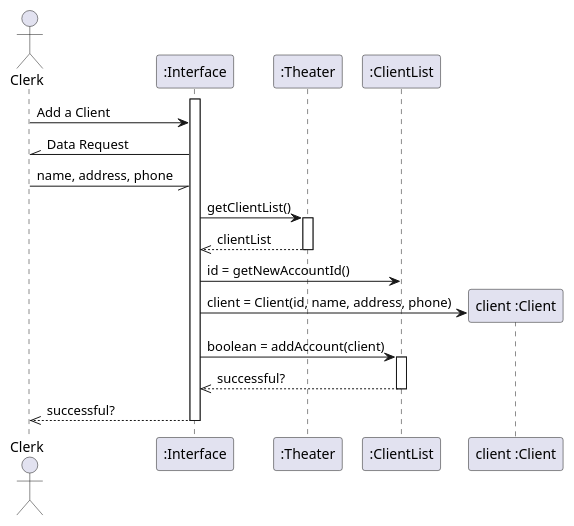
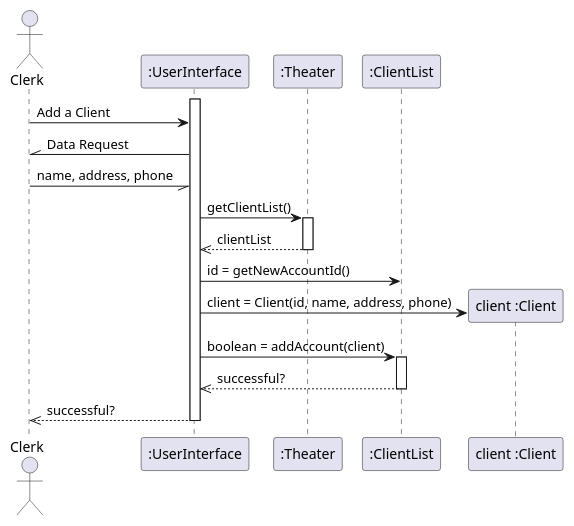
Before and after one commit to FreezeWarp/372Groupwork: the diagram in src/SequenceDiagrams/AddClient.pu, drawn with PlantUML. The commit also changed 17 other files, not shown here.

First line of the commit message:
Rename Interface to UserInterface

```diff
--- a/src/SequenceDiagrams/AddClient.pu
+++ b/src/SequenceDiagrams/AddClient.pu
@@ -1,23 +1,23 @@
 @startuml
 
 actor Clerk
 
-activate ":Interface"
-Clerk -> ":Interface" : Add a Client
-Clerk //- ":Interface": Data Request
-Clerk -// ":Interface": name, address, phone
+activate ":UserInterface"
+Clerk -> ":UserInterface" : Add a Client
+Clerk //- ":UserInterface": Data Request
+Clerk -// ":UserInterface": name, address, phone
 
-":Interface" -> ":Theater" : getClientList()
+":UserInterface" -> ":Theater" : getClientList()
 activate ":Theater"
-":Theater" -->> ":Interface": clientList
+":Theater" -->> ":UserInterface": clientList
 deactivate ":Theater"
-":Interface" -> ":ClientList": id = getNewAccountId()
+":UserInterface" -> ":ClientList": id = getNewAccountId()
 create "client :Client"
-":Interface" -> "client :Client": client = Client(id, name, address, phone)
-":Interface" -> ":ClientList" : boolean = addAccount(client)
+":UserInterface" -> "client :Client": client = Client(id, name, address, phone)
+":UserInterface" -> ":ClientList" : boolean = addAccount(client)
 activate ":ClientList"
-":ClientList" -->> ":Interface" : successful?
+":ClientList" -->> ":UserInterface" : successful?
 deactivate ":ClientList"
-":Interface" -->> Clerk : successful?
-deactivate ":Interface"
+":UserInterface" -->> Clerk : successful?
+deactivate ":UserInterface"
 @enduml
```
